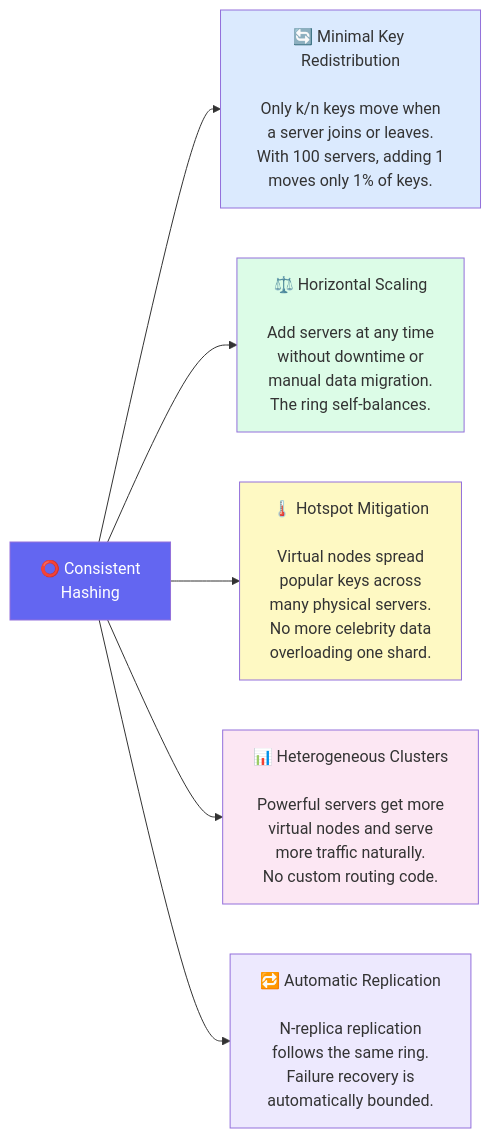
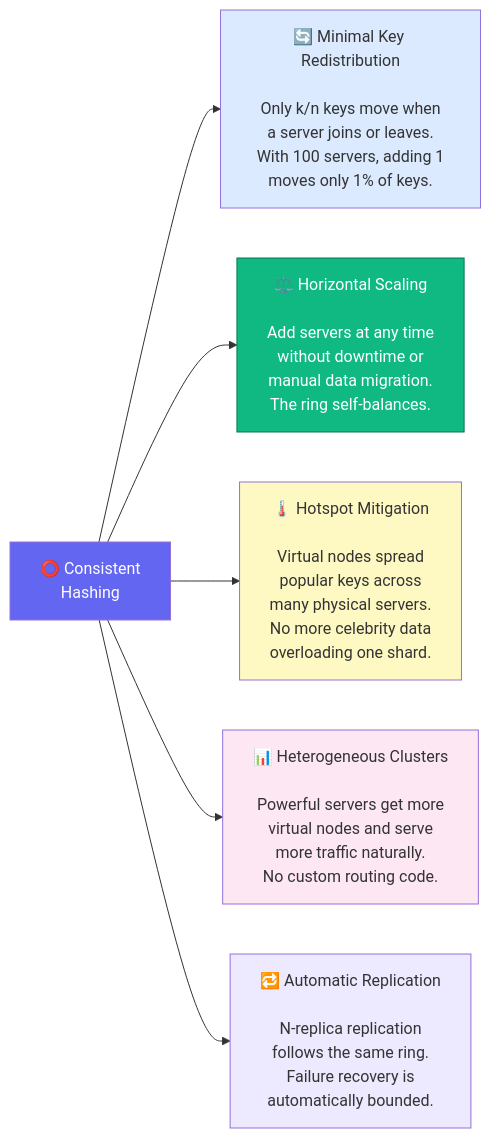
One commit to devops-monk/system-design-blog changed diagram 21 of 23 in content/posts/2026/design-consistent-hashing.md. Above: the diagram before and after it, drawn with Mermaid. The commit also changed 5 other files, not shown here.

````diff
--- a/content/posts/2026/design-consistent-hashing.md
+++ b/content/posts/2026/design-consistent-hashing.md
@@ -668,21 +668,21 @@
 ```mermaid
 graph LR
     CH["⭕ Consistent\nHashing"]
 
     CH --> B1["🔄 Minimal Key Redistribution\n\nOnly k/n keys move when\na server joins or leaves.\nWith 100 servers, adding 1\nmoves only 1% of keys."]
 
     CH --> B2["⚖️ Horizontal Scaling\n\nAdd servers at any time\nwithout downtime or\nmanual data migration.\nThe ring self-balances."]
 
     CH --> B3["🌡️ Hotspot Mitigation\n\nVirtual nodes spread\npopular keys across\nmany physical servers.\nNo more celebrity data\noverloading one shard."]
 
     CH --> B4["📊 Heterogeneous Clusters\n\nPowerful servers get more\nvirtual nodes and serve\nmore traffic naturally.\nNo custom routing code."]
 
     CH --> B5["🔁 Automatic Replication\n\nN-replica replication\nfollows the same ring.\nFailure recovery is\nautomatically bounded."]
 
     style CH fill:#6366f1,color:#fff
     style B1 fill:#dbeafe
-    style B2 fill:#dcfce7
+    style B2 fill:#10B981,stroke:#047857,color:#fff
     style B3 fill:#fef9c3
     style B4 fill:#fce7f3
     style B5 fill:#ede9fe
 ```
````
